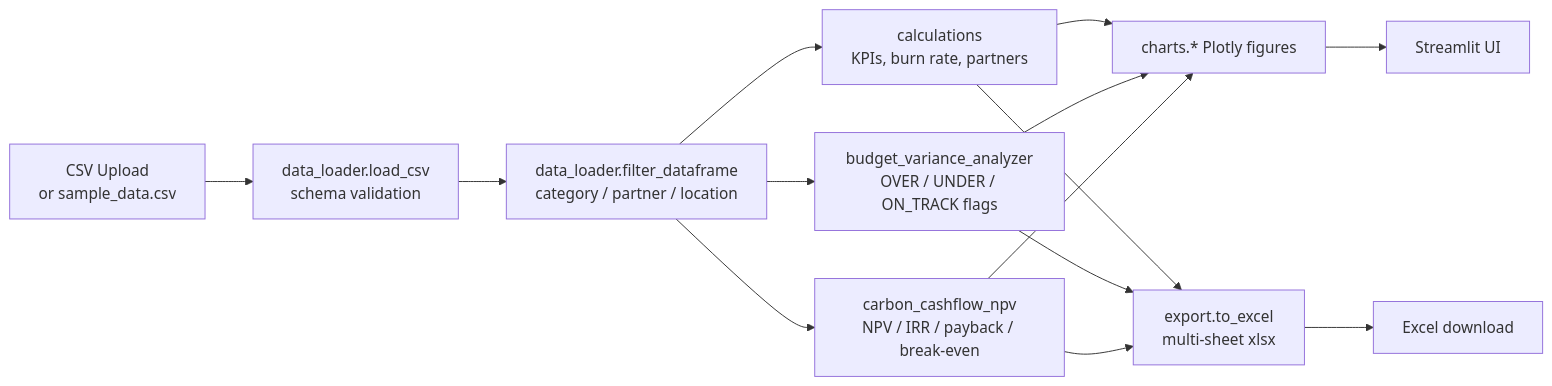
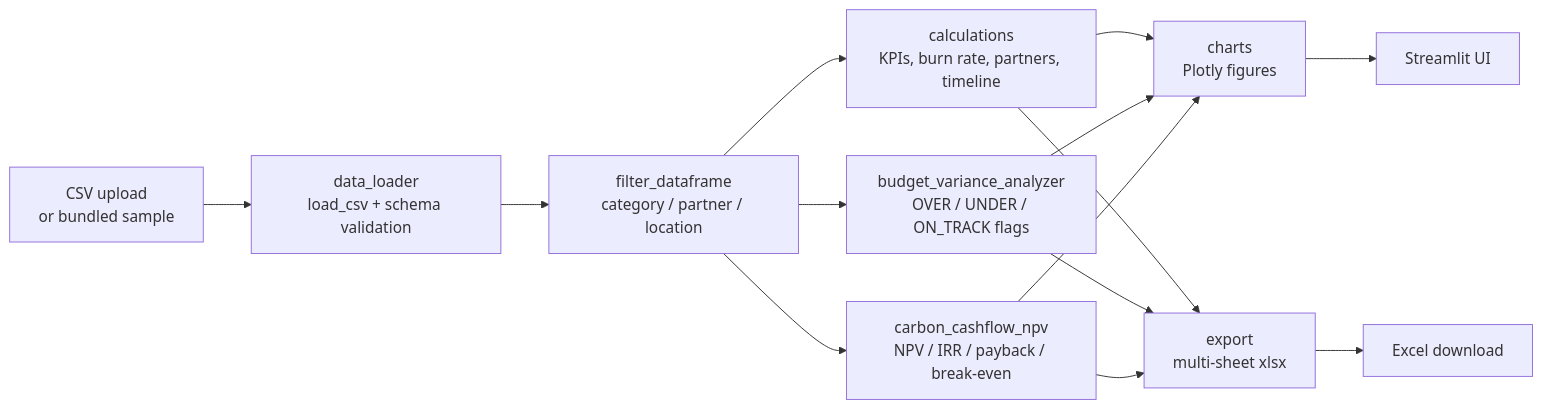
The diagram in README.md (achmadnaufal/nbs-financial-tracker), drawn with Mermaid before and after one commit. The commit also changed other lines of this file and 1 other file, not shown here.

Commit message:
docs: add demo output, CLI usage, and architecture diagram

````diff
--- a/README.md
+++ b/README.md
@@ -139,12 +22,16 @@
 ```mermaid
 flowchart LR
-    A[CSV Upload<br/>or sample_data.csv] --> B[data_loader.load_csv<br/>schema validation]
-    B --> C[data_loader.filter_dataframe<br/>category / partner / location]
-    C --> D1[calculations<br/>KPIs, burn rate, partners]
+    A[CSV upload<br/>or bundled sample] --> B[data_loader<br/>load_csv + schema validation]
+    B --> C[filter_dataframe<br/>category / partner / location]
+    C --> D1[calculations<br/>KPIs, burn rate, partners, timeline]
     C --> D2[budget_variance_analyzer<br/>OVER / UNDER / ON_TRACK flags]
     C --> D3[carbon_cashflow_npv<br/>NPV / IRR / payback / break-even]
-    D1 & D2 & D3 --> E[charts.* Plotly figures]
-    D1 & D2 & D3 --> F[export.to_excel<br/>multi-sheet xlsx]
+    D1 --> E[charts<br/>Plotly figures]
+    D2 --> E
+    D3 --> E
+    D1 --> F[export<br/>multi-sheet xlsx]
+    D2 --> F
+    D3 --> F
     E --> G[Streamlit UI]
     F --> H[Excel download]
 ```
````
